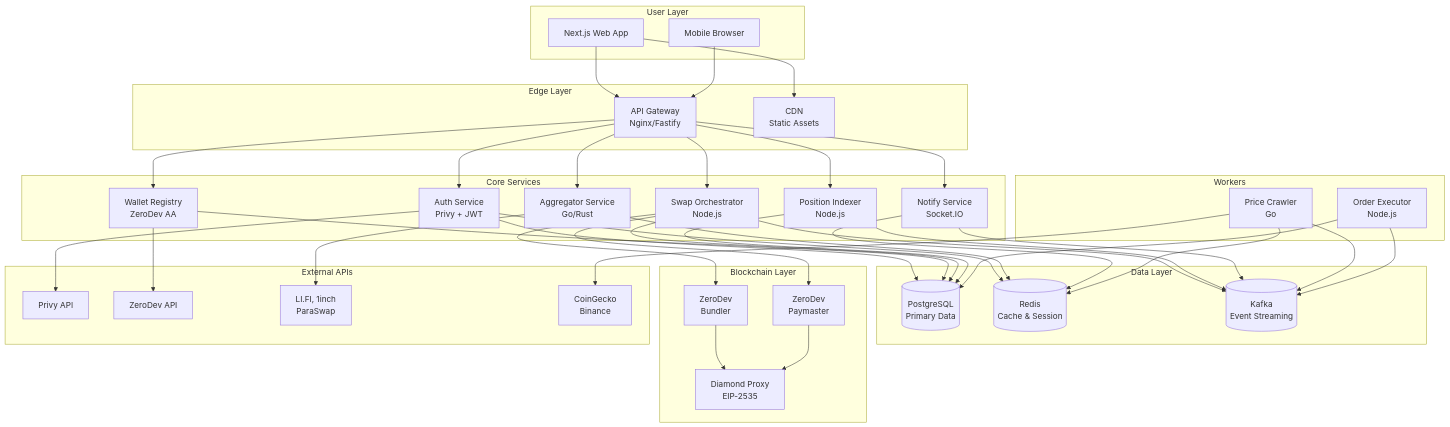
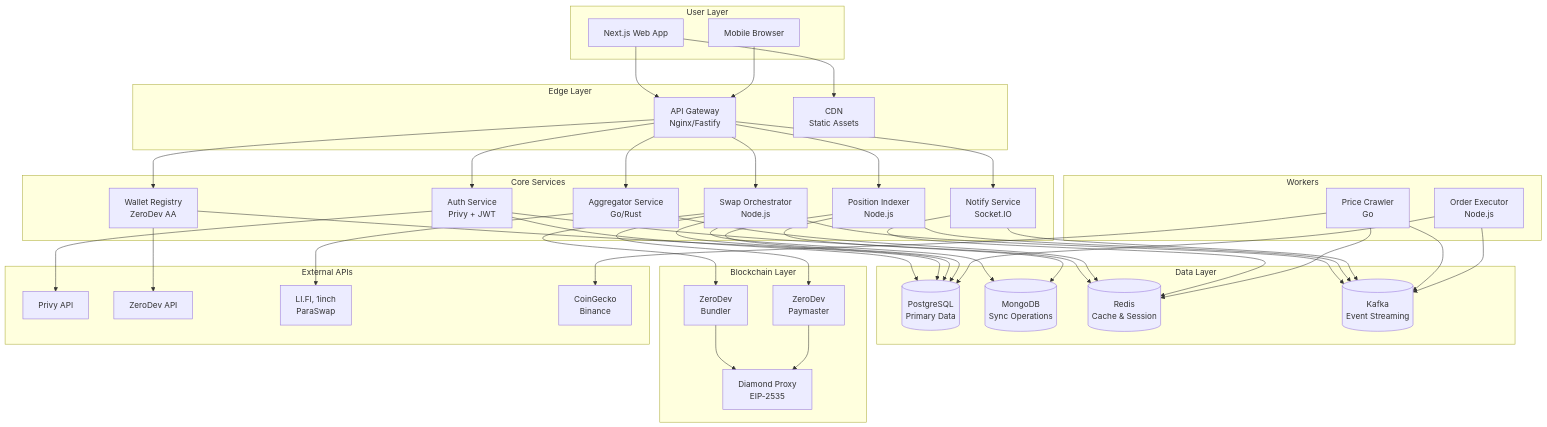
Before and after one commit to 0xsyncroot/moonx-farm: the first of 4 diagrams in memory-bank/systemPatterns.md, drawn with Mermaid. The commit also changed other lines of this file and 298 other files, not shown here.

```diff
--- a/memory-bank/systemPatterns.md
+++ b/memory-bank/systemPatterns.md
@@ -59,6 +59,7 @@
 
     subgraph "Data Layer"
         DB[(PostgreSQL<br/>Primary Data)]
+        MONGO[(MongoDB<br/>Sync Operations)]
         REDIS[(Redis<br/>Cache & Session)]
         KAFKA[(Kafka<br/>Event Streaming)]
     end
@@ -95,8 +96,10 @@
     WALLET --> DB
     QUOTE --> REDIS
     SWAP --> DB
+    SWAP --> MONGO
     SWAP --> KAFKA
     POS --> DB
+    POS --> MONGO
     POS --> KAFKA
     NOTIFY --> REDIS
     NOTIFY --> KAFKA
```
